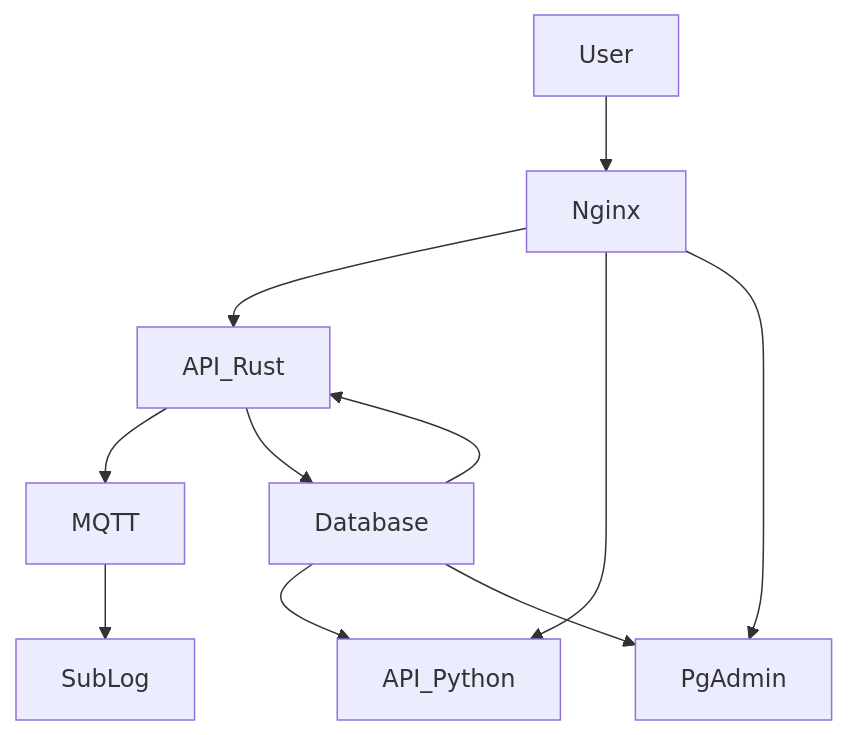
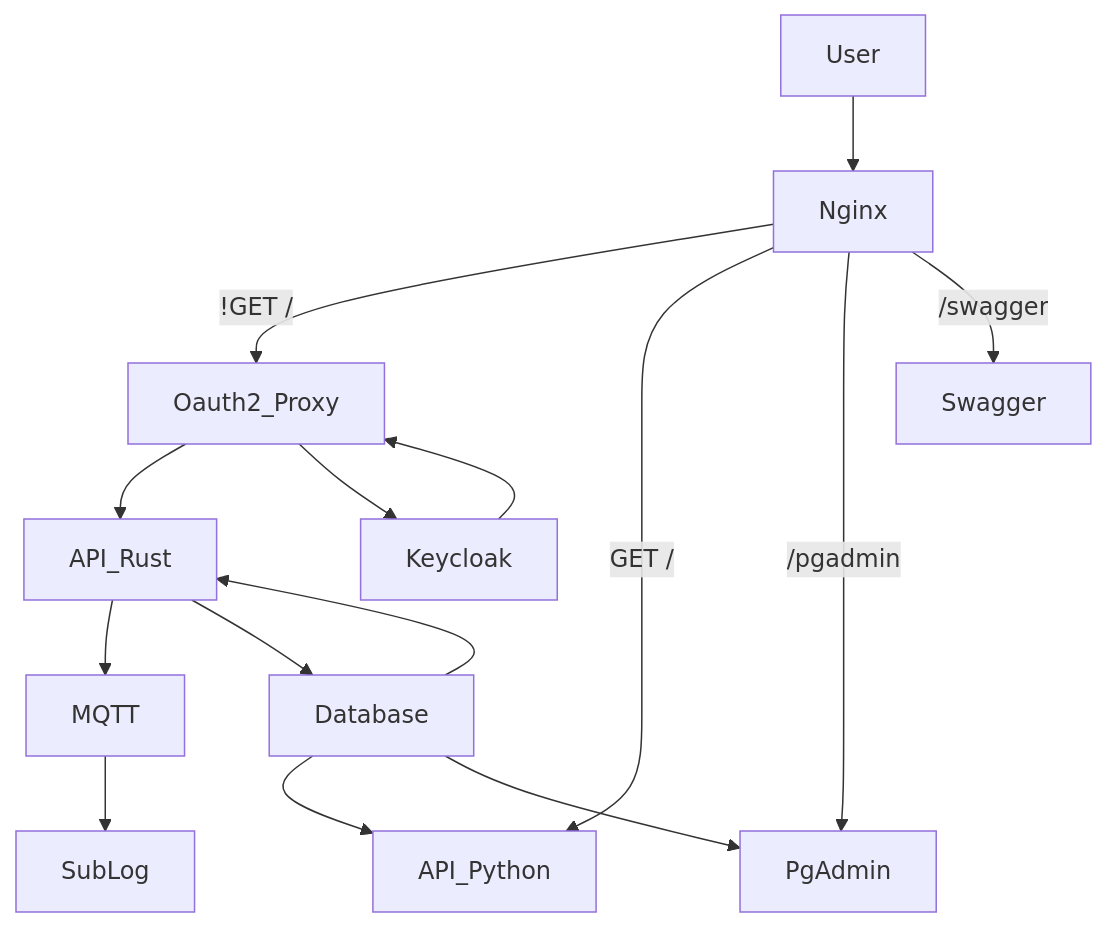
One commit to FloRide1/dead_poet_society changed the diagram in README.md. Above: the diagram before and after it, drawn with Mermaid. The commit also changed other lines of this file, not shown here.

````diff
--- a/README.md
+++ b/README.md
@@ -41,15 +68,23 @@
 ```mermaid
 graph TB;
-    Nginx --> API_Rust
-    Nginx --> API_Python
-    Nginx --> PgAdmin
-
-    API_Rust --> MQTT
+    Nginx --!GET /--> Oauth2_Proxy
+    Nginx --GET /--> API_Python
+    Nginx --/pgadmin--> PgAdmin
+    Nginx --/swagger--> Swagger
+    
+    Oauth2_Proxy --> API_Rust
+    Oauth2_Proxy --> Keycloak
+    
+    Keycloak --> Oauth2_Proxy
+    
     MQTT --> SubLog
 
     User --> Nginx
+    
+    API_Rust --> MQTT
+    API_Rust --> Database
+    
     Database --> API_Python
     Database --> API_Rust
-    Database --> PgAdmin
-    API_Rust --> Database
+    Database --> PgAdmin 
 ```
````
